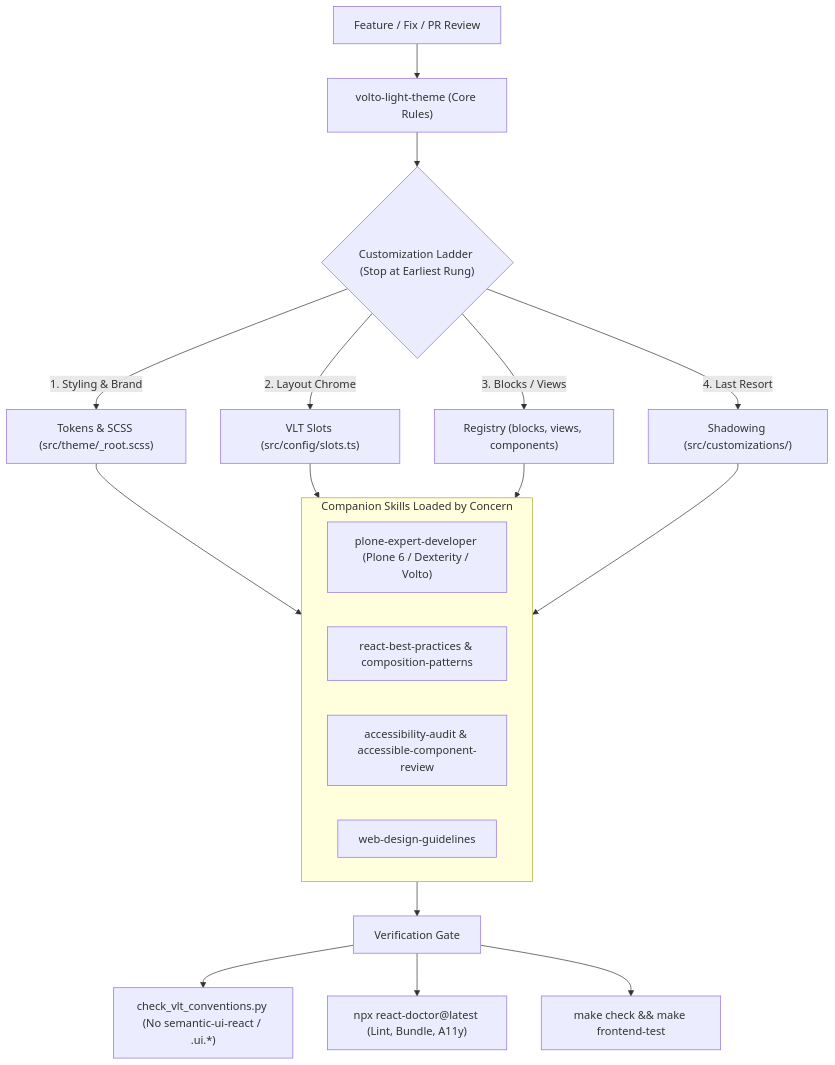
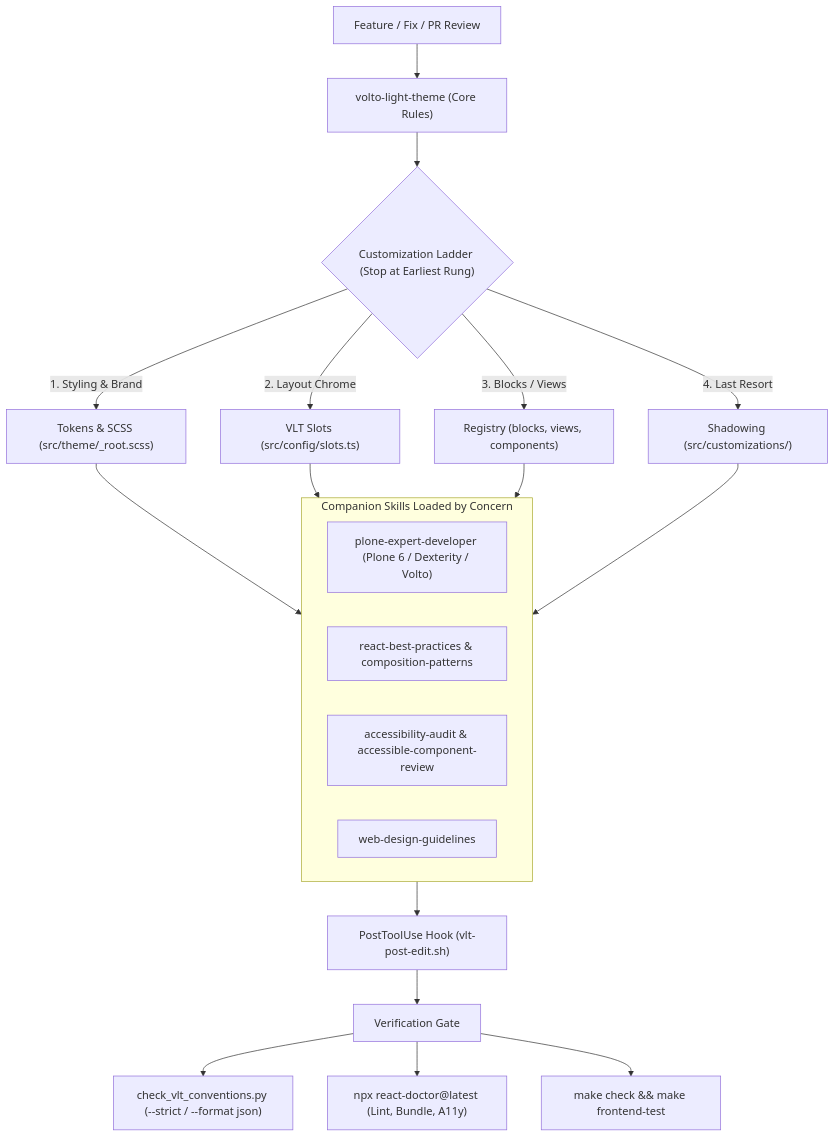
One commit to Rodriguesmath/volto-light-theme-skills changed the diagram in README.md. Above: the diagram before and after it, drawn with Mermaid. The commit also changed other lines of this file and 15 other files, not shown here.

Commit message:
feat: add strict VLT linter, tests, CI, hooks, commands, manifests, and evals

````diff
--- a/README.md
+++ b/README.md
@@ -13,24 +11,25 @@
 ```mermaid
 flowchart TD
     Task["Feature / Fix / PR Review"] --> Core["volto-light-theme (Core Rules)"]
 
     Core --> Ladder{"Customization Ladder (Stop at Earliest Rung)"}
     Ladder -->|"1. Styling & Brand"| R1["Tokens & SCSS (src/theme/_root.scss)"]
     Ladder -->|"2. Layout Chrome"| R2["VLT Slots (src/config/slots.ts)"]
     Ladder -->|"3. Blocks / Views"| R3["Registry (blocks, views, components)"]
     Ladder -->|"4. Last Resort"| R4["Shadowing (src/customizations/)"]
 
     subgraph Stack["Companion Skills Loaded by Concern"]
         Plone["plone-expert-developer (Plone 6 / Dexterity / Volto)"]
         React["react-best-practices & composition-patterns"]
         A11y["accessibility-audit & accessible-component-review"]
         UX["web-design-guidelines"]
     end
 
     R1 & R2 & R3 & R4 --> Stack
-    Stack --> Verify["Verification Gate"]
+    Stack --> Hook["PostToolUse Hook (vlt-post-edit.sh)"]
+    Hook --> Verify["Verification Gate"]
 
-    Verify --> V1["check_vlt_conventions.py (No semantic-ui-react / .ui.*)"]
+    Verify --> V1["check_vlt_conventions.py (--strict / --format json)"]
     Verify --> V2["npx react-doctor@latest (Lint, Bundle, A11y)"]
     Verify --> V3["make check && make frontend-test"]
 ```
````
